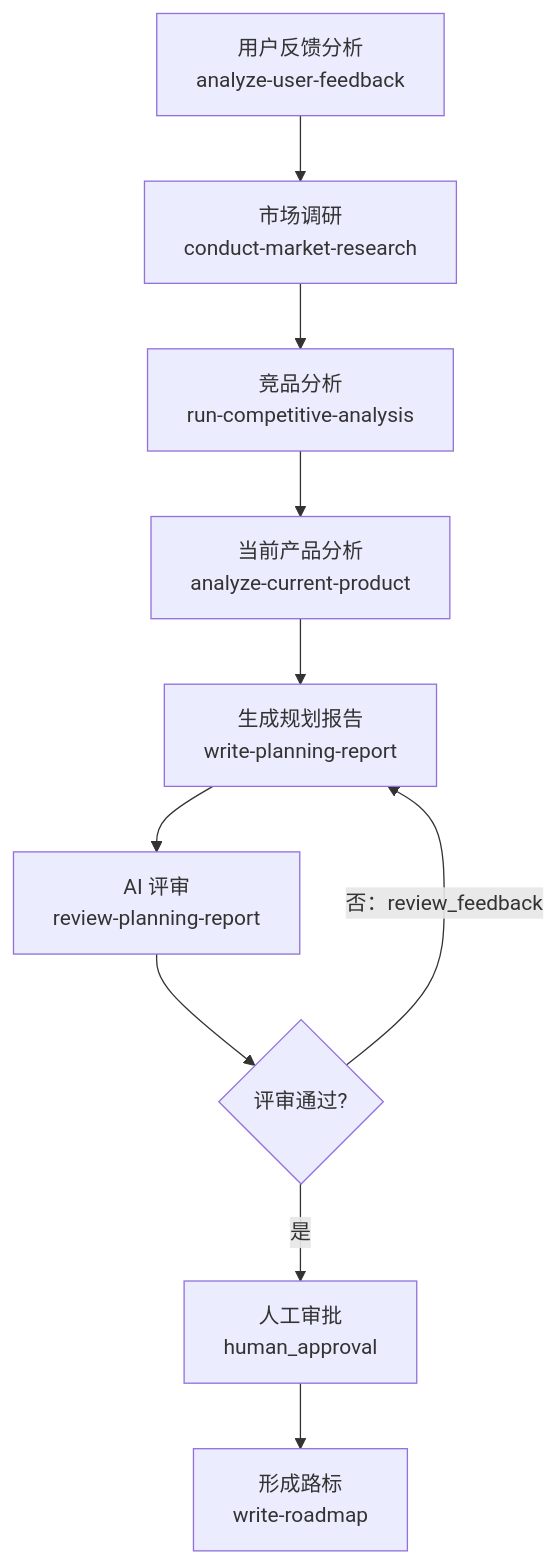
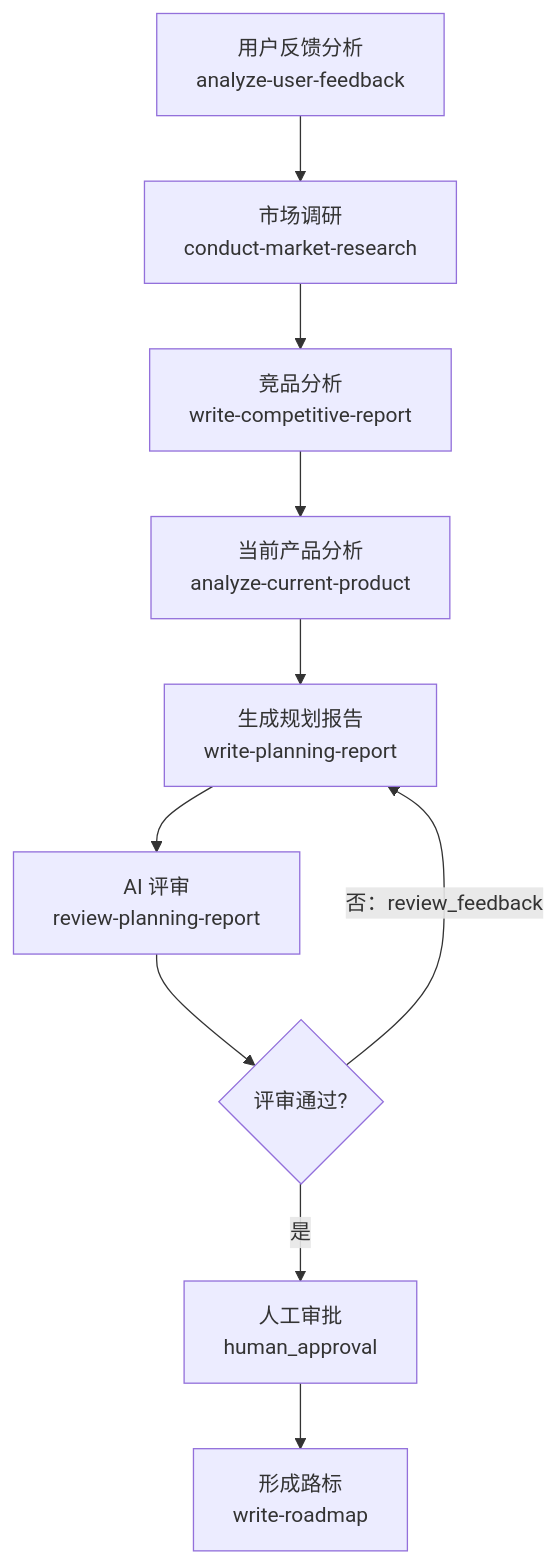
Before and after one commit to OldBoy405/AI-First-tools: the third of 10 diagrams in README.md, drawn with Mermaid. The commit also changed other lines of this file and 12 other files, not shown here.

````diff
--- a/README.md
+++ b/README.md
@@ -236,12 +236,12 @@
 ```mermaid
 flowchart TD
   P1["用户反馈分析<br/>analyze-user-feedback"] --> P2["市场调研<br/>conduct-market-research"]
-  P2 --> P3["竞品分析<br/>run-competitive-analysis"]
+  P2 --> P3["竞品分析<br/>write-competitive-report"]
   P3 --> P4["当前产品分析<br/>analyze-current-product"]
   P4 --> P5["生成规划报告<br/>write-planning-report"]
   P5 --> P6["AI 评审<br/>review-planning-report"]
   P6 --> P6G{"评审通过?"}
   P6G -- "否：review_feedback" --> P5
   P6G -- "是" --> P7["人工审批<br/>human_approval"]
   P7 --> P8["形成路标<br/>write-roadmap"]
 ```
````
